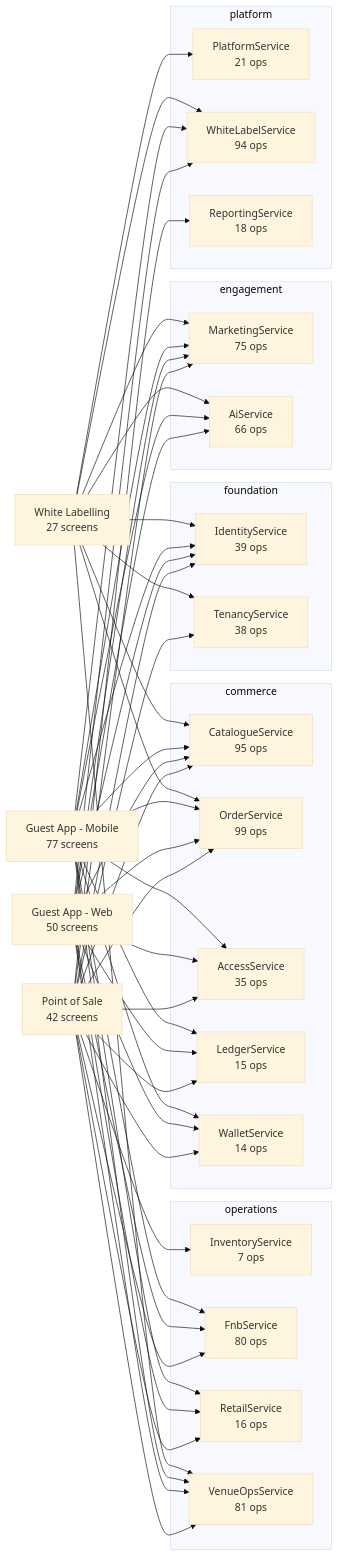
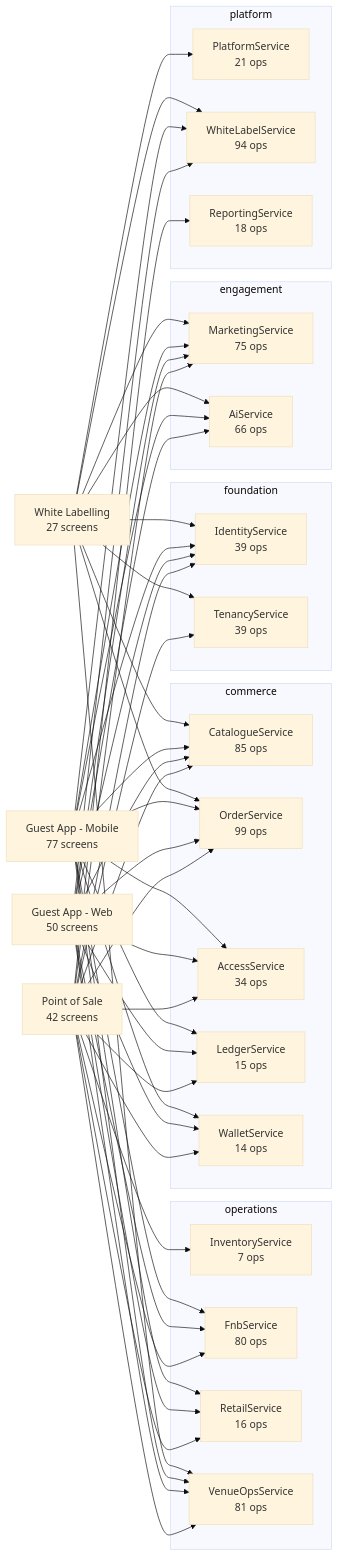
Before and after one commit to Diretide298/Solution_Architecture: the diagram in ticvai/repos/ticvai-ai/project-bible/handoff/service-docs/README.md, drawn with Mermaid (base theme). The commit also changed other lines of this file and 2981 other files, not shown here.

````diff
--- a/ticvai/repos/ticvai-ai/project-bible/handoff/service-docs/README.md
+++ b/ticvai/repos/ticvai-ai/project-bible/handoff/service-docs/README.md
@@ -9,79 +9,79 @@
 ```mermaid
 flowchart LR
   POS["Point of Sale<br/>42 screens"]
   WEB["Guest App - Web<br/>50 screens"]
   MOB["Guest App - Mobile<br/>77 screens"]
   WL["White Labelling<br/>27 screens"]
   subgraph foundation
     IdentityService["IdentityService<br/>39 ops"]
-    TenancyService["TenancyService<br/>38 ops"]
+    TenancyService["TenancyService<br/>39 ops"]
   end
   subgraph commerce
-    CatalogueService["CatalogueService<br/>95 ops"]
+    CatalogueService["CatalogueService<br/>85 ops"]
     OrderService["OrderService<br/>99 ops"]
-    AccessService["AccessService<br/>35 ops"]
+    AccessService["AccessService<br/>34 ops"]
     LedgerService["LedgerService<br/>15 ops"]
     WalletService["WalletService<br/>14 ops"]
   end
   subgraph operations
     InventoryService["InventoryService<br/>7 ops"]
     FnbService["FnbService<br/>80 ops"]
     RetailService["RetailService<br/>16 ops"]
     VenueOpsService["VenueOpsService<br/>81 ops"]
   end
   subgraph engagement
     MarketingService["MarketingService<br/>75 ops"]
     AiService["AiService<br/>66 ops"]
   end
   subgraph platform
     PlatformService["PlatformService<br/>21 ops"]
     WhiteLabelService["WhiteLabelService<br/>94 ops"]
     ReportingService["ReportingService<br/>18 ops"]
   end
   POS --> OrderService
   WEB --> OrderService
   MOB --> OrderService
   WL --> OrderService
   POS --> FnbService
   WEB --> FnbService
   MOB --> FnbService
   POS --> AccessService
   WEB --> AccessService
   MOB --> AccessService
   WL --> PlatformService
   POS --> MarketingService
   WEB --> MarketingService
   MOB --> MarketingService
   WL --> MarketingService
   POS --> CatalogueService
   WEB --> CatalogueService
   MOB --> CatalogueService
   WL --> CatalogueService
   POS --> VenueOpsService
   WEB --> VenueOpsService
   MOB --> VenueOpsService
   WL --> VenueOpsService
   POS --> TenancyService
   WL --> TenancyService
   POS --> ReportingService
   WEB --> WhiteLabelService
   MOB --> WhiteLabelService
   WL --> WhiteLabelService
   POS --> InventoryService
   POS --> IdentityService
   WEB --> IdentityService
   MOB --> IdentityService
   WL --> IdentityService
   POS --> RetailService
   WEB --> RetailService
   MOB --> RetailService
   WEB --> AiService
   MOB --> AiService
   WL --> AiService
   POS --> WalletService
   WEB --> WalletService
   MOB --> WalletService
   POS --> LedgerService
   WEB --> LedgerService
   MOB --> LedgerService
 ```
````
